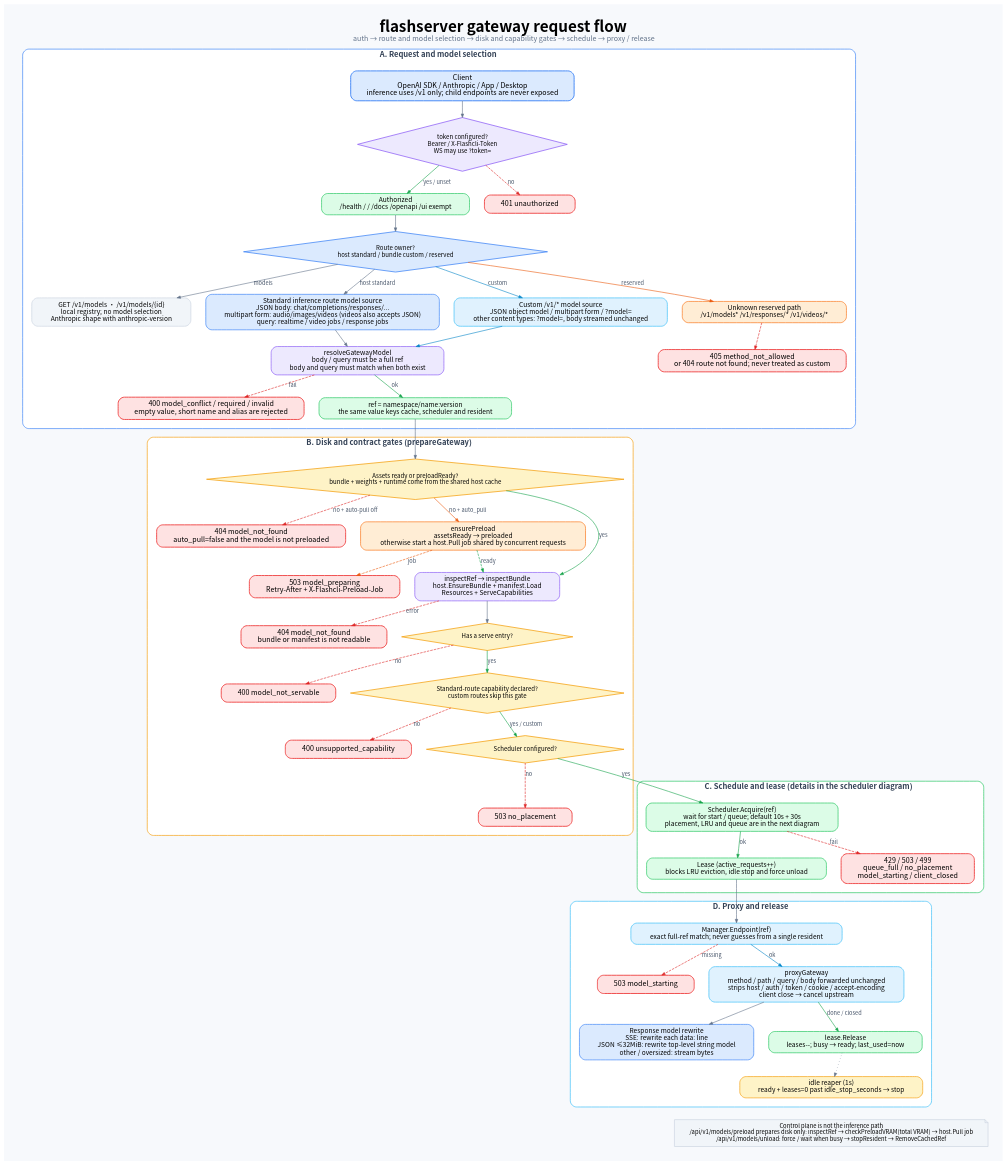
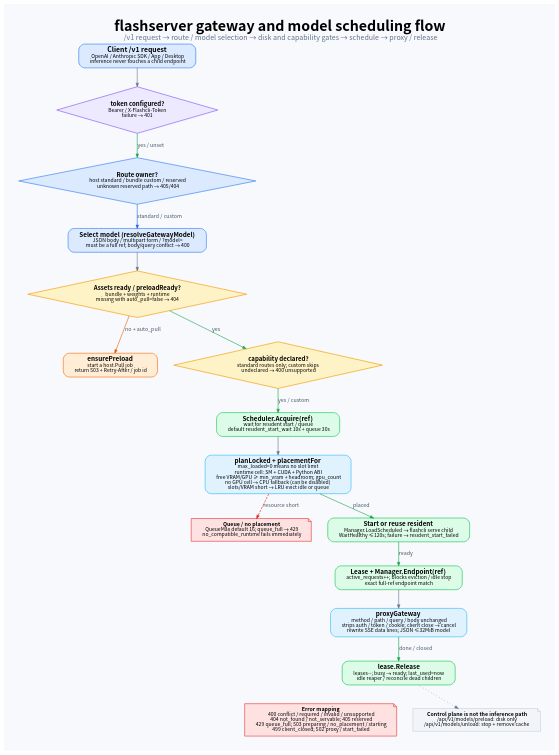
The diagram in docs/images/flashserver-gateway-flow.en.dot (aodianyun/flashcli), drawn with Graphviz before and after one commit. The commit also changed 45 other files, not shown here.

First line of the commit message:
docs(architecture): keep five diagrams and simplify flow layout

```diff
--- a/docs/images/flashserver-gateway-flow.en.dot
+++ b/docs/images/flashserver-gateway-flow.en.dot
@@ -1,92 +1,36 @@
 digraph flashserver_gateway_flow {
-  graph [rankdir=TB, bgcolor="#F7F9FC", pad=0.4, nodesep=0.4, ranksep=0.45, fontname="Noto Sans CJK SC", fontsize=30, labelloc=t, label=<<B>flashserver gateway request flow</B><BR/><FONT POINT-SIZE="14" COLOR="#64748B">auth → route and model selection → disk and capability gates → schedule → proxy / release</FONT>>];
-  node [shape=box, style="rounded,filled", fontname="Noto Sans CJK SC", fontsize=13, margin="0.46,0.10", penwidth=1.3, color="#94A3B8"];
-  edge [fontname="Noto Sans CJK SC", fontsize=11, color="#64748B", fontcolor="#475569", arrowsize=0.7, penwidth=1.15];
-  subgraph cluster_1 {
-    label=<<B>A. Request and model selection</B>>;
-    style="rounded,filled"; color="#3B82F6"; fillcolor="#FFFFFF"; penwidth=1.3; fontcolor="#334155"; fontsize=15; margin=18;
-  client [shape=box, style="rounded,filled", fillcolor="#DBEAFE", color="#3B82F6", penwidth=1.8, fontsize=14, width=4.96, label="Client\nOpenAI SDK / Anthropic / App / Desktop\ninference uses /v1 only; child endpoints are never exposed"];
-  auth [shape=diamond, style="filled", fillcolor="#EDE9FE", color="#8B5CF6", penwidth=1.45, fontsize=12, width=2.32, label="token configured?\nBearer / X-Flashcli-Token\nWS may use ?token="];
-  auth_ok [shape=box, style="rounded,filled", fillcolor="#DCFCE7", color="#22C55E", penwidth=1.3, fontsize=13, width=3.28, label="Authorized\n/health / / /docs /openapi /ui exempt"];
-  e401 [shape=box, style="rounded,filled", fillcolor="#FEE2E2", color="#EF4444", penwidth=1.8, fontsize=14, width=1.60, label="401 unauthorized"];
-  classify [shape=diamond, style="filled", fillcolor="#DBEAFE", color="#3B82F6", penwidth=1.45, fontsize=12, width=3.52, label="Route owner?\nhost standard / bundle custom / reserved"];
-  models_ep [shape=box, style="rounded,filled", fillcolor="#F1F5F9", color="#CBD5E1", penwidth=1.3, fontsize=13, width=3.36, label="GET /v1/models · /v1/models/{id}\nlocal registry; no model selection\nAnthropic shape with anthropic-version"];
-  std_sel [shape=box, style="rounded,filled", fillcolor="#DBEAFE", color="#3B82F6", penwidth=1.3, fontsize=13, width=5.28, label="Standard inference route model source\nJSON body: chat/completions/responses/...\nmultipart form: audio/images/videos (videos also accepts JSON)\nquery: realtime / video jobs / response jobs"];
-  custom_sel [shape=box, style="rounded,filled", fillcolor="#E0F2FE", color="#38BDF8", penwidth=1.3, fontsize=13, width=4.56, label="Custom /v1/* model source\nJSON object model / multipart form / ?model=\nother content types: ?model=, body streamed unchanged"];
-  reserved [shape=box, style="rounded,filled", fillcolor="#FFEDD5", color="#F97316", penwidth=1.3, fontsize=13, width=3.52, label="Unknown reserved path\n/v1/models* /v1/responses/* /v1/videos/*"];
-  e405 [shape=box, style="rounded,filled", fillcolor="#FEE2E2", color="#EF4444", penwidth=1.8, fontsize=14, width=4.08, label="405 method_not_allowed\nor 404 route not found; never treated as custom"];
-  resolve [shape=box, style="rounded,filled", fillcolor="#EDE9FE", color="#8B5CF6", penwidth=1.3, fontsize=13, width=3.60, label="resolveGatewayModel\nbody / query must be a full ref\nbody and query must match when both exist"];
-  e400 [shape=box, style="rounded,filled", fillcolor="#FEE2E2", color="#EF4444", penwidth=1.8, fontsize=14, width=4.00, label="400 model_conflict / required / invalid\nempty value, short name and alias are rejected"];
-  ref [shape=box, style="rounded,filled", fillcolor="#DCFCE7", color="#22C55E", penwidth=1.3, fontsize=13, width=4.24, label="ref = namespace/name:version\nthe same value keys cache, scheduler and resident"];
-  }
-  subgraph cluster_2 {
-    label=<<B>B. Disk and contract gates (prepareGateway)</B>>;
-    style="rounded,filled"; color="#F59E0B"; fillcolor="#FFFFFF"; penwidth=1.3; fontcolor="#334155"; fontsize=15; margin=18;
-  assets [shape=diamond, style="filled", fillcolor="#FEF3C7", color="#F59E0B", penwidth=1.45, fontsize=12, width=4.96, label="Assets ready or preloadReady?\nbundle + weights + runtime come from the shared host cache"];
-  no_pull [shape=box, style="rounded,filled", fillcolor="#FEE2E2", color="#EF4444", penwidth=1.8, fontsize=14, width=4.00, label="404 model_not_found\nauto_pull=false and the model is not preloaded"];
-  ensure_preload [shape=box, style="rounded,filled", fillcolor="#FFEDD5", color="#F97316", penwidth=1.3, fontsize=13, width=5.20, label="ensurePreload\nassetsReady → preloaded\notherwise start a host.Pull job shared by concurrent requests"];
-  e503prep [shape=box, style="rounded,filled", fillcolor="#FEE2E2", color="#EF4444", penwidth=1.8, fontsize=14, width=3.20, label="503 model_preparing\nRetry-After + X-Flashcli-Preload-Job"];
-  inspect [shape=box, style="rounded,filled", fillcolor="#EDE9FE", color="#8B5CF6", penwidth=1.3, fontsize=13, width=2.96, label="inspectRef → inspectBundle\nhost.EnsureBundle + manifest.Load\nResources + ServeCapabilities"];
-  e404 [shape=box, style="rounded,filled", fillcolor="#FEE2E2", color="#EF4444", penwidth=1.8, fontsize=14, width=3.04, label="404 model_not_found\nbundle or manifest is not readable"];
-  runonly [shape=diamond, style="filled", fillcolor="#FEF3C7", color="#F59E0B", penwidth=1.45, fontsize=12, width=1.76, label="Has a serve entry?"];
-  e_runonly [shape=box, style="rounded,filled", fillcolor="#FEE2E2", color="#EF4444", penwidth=1.8, fontsize=14, width=2.08, label="400 model_not_servable"];
-  capability [shape=diamond, style="filled", fillcolor="#FEF3C7", color="#F59E0B", penwidth=1.45, fontsize=12, width=3.12, label="Standard-route capability declared?\ncustom routes skip this gate"];
-  e_cap [shape=box, style="rounded,filled", fillcolor="#FEE2E2", color="#EF4444", penwidth=1.8, fontsize=14, width=2.40, label="400 unsupported_capability"];
-  sched_ok [shape=diamond, style="filled", fillcolor="#FEF3C7", color="#F59E0B", penwidth=1.45, fontsize=12, width=2.00, label="Scheduler configured?"];
-  e_nosched [shape=box, style="rounded,filled", fillcolor="#FEE2E2", color="#EF4444", penwidth=1.8, fontsize=14, width=1.60, label="503 no_placement"];
-  }
-  subgraph cluster_3 {
-    label=<<B>C. Schedule and lease (details in the scheduler diagram)</B>>;
-    style="rounded,filled"; color="#22C55E"; fillcolor="#FFFFFF"; penwidth=1.3; fontcolor="#334155"; fontsize=15; margin=18;
-  acquire [shape=box, style="rounded,filled", fillcolor="#DCFCE7", color="#22C55E", penwidth=1.3, fontsize=13, width=4.16, label="Scheduler.Acquire(ref)\nwait for start / queue; default 10s + 30s\nplacement, LRU and queue are in the next diagram"];
-  lease [shape=box, style="rounded,filled", fillcolor="#DCFCE7", color="#22C55E", penwidth=1.3, fontsize=13, width=4.08, label="Lease (active_requests++)\nblocks LRU eviction, idle stop and force unload"];
-  e_queue [shape=box, style="rounded,filled", fillcolor="#FEE2E2", color="#EF4444", penwidth=1.8, fontsize=14, width=2.72, label="429 / 503 / 499\nqueue_full / no_placement\nmodel_starting / client_closed"];
-  }
-  subgraph cluster_4 {
-    label=<<B>D. Proxy and release</B>>;
-    style="rounded,filled"; color="#38BDF8"; fillcolor="#FFFFFF"; penwidth=1.3; fontcolor="#334155"; fontsize=15; margin=18;
-  endpoint [shape=box, style="rounded,filled", fillcolor="#E0F2FE", color="#38BDF8", penwidth=1.3, fontsize=13, width=4.96, label="Manager.Endpoint(ref)\nexact full-ref match; never guesses from a single resident"];
-  e_endpoint [shape=box, style="rounded,filled", fillcolor="#FEE2E2", color="#EF4444", penwidth=1.8, fontsize=14, width=1.76, label="503 model_starting"];
-  proxy [shape=box, style="rounded,filled", fillcolor="#E0F2FE", color="#38BDF8", penwidth=1.3, fontsize=13, width=4.56, label="proxyGateway\nmethod / path / query / body forwarded unchanged\nstrips host / auth / token / cookie / accept-encoding\nclient close → cancel upstream"];
-  rewrite [shape=box, style="rounded,filled", fillcolor="#DBEAFE", color="#3B82F6", penwidth=1.3, fontsize=13, width=3.84, label="Response model rewrite\nSSE: rewrite each data: line\nJSON ≤32MiB: rewrite top-level string model\nother / oversized: stream bytes"];
-  release [shape=box, style="rounded,filled", fillcolor="#DCFCE7", color="#22C55E", penwidth=1.3, fontsize=13, width=3.36, label="lease.Release\nleases--; busy → ready; last_used=now"];
-  idle [shape=box, style="rounded,filled", fillcolor="#FEF3C7", color="#F59E0B", penwidth=1.3, fontsize=13, width=4.08, label="idle reaper (1s)\nready + leases=0 past idle_stop_seconds → stop"];
-  }
-  mgmt_note [shape=note, style="filled", fillcolor="#F1F5F9", color="#CBD5E1", penwidth=1.3, fontsize=11.5, width=8.48, label="Control plane is not the inference path\n/api/v1/models/preload prepares disk only: inspectRef → checkPreloadVRAM(total VRAM) → host.Pull job\n/api/v1/models/unload: force / wait when busy → stopResident → RemoveCachedRef"];
+  graph [rankdir=TB, bgcolor="#F7F9FC", pad=0.4, nodesep=0.45, ranksep=0.5, fontname="Noto Sans CJK SC", fontsize=28, labelloc=t, label=<<B>flashserver gateway and model scheduling flow</B><BR/><FONT POINT-SIZE="14" COLOR="#64748B">/v1 request → route / model selection → disk and capability gates → schedule → proxy / release</FONT>>];
+  node [shape=box, style="rounded,filled", fontname="Noto Sans CJK SC", fontsize=12.5, margin="0.30,0.10", penwidth=1.3, color="#94A3B8"];
+  edge [fontname="Noto Sans CJK SC", fontsize=10.5, color="#64748B", fontcolor="#475569", arrowsize=0.7, penwidth=1.15];
+  client [shape=box, style="rounded,filled", fillcolor="#DBEAFE", color="#3B82F6", fontsize=13.5, label=<<B>Client /v1 request</B><BR/><FONT POINT-SIZE="10.5">OpenAI / Anthropic SDK / App / Desktop</FONT><BR/><FONT POINT-SIZE="10.5">inference never touches a child endpoint</FONT>>];
+  auth [shape=diamond, style="filled", fillcolor="#EDE9FE", color="#8B5CF6", fontsize=12, label=<<B>token configured?</B><BR/><FONT POINT-SIZE="10.5">Bearer / X-Flashcli-Token</FONT><BR/><FONT POINT-SIZE="10.5">failure → 401</FONT>>];
+  route [shape=diamond, style="filled", fillcolor="#DBEAFE", color="#3B82F6", fontsize=12, label=<<B>Route owner?</B><BR/><FONT POINT-SIZE="10.5">host standard / bundle custom / reserved</FONT><BR/><FONT POINT-SIZE="10.5">unknown reserved path → 405/404</FONT>>];
+  model [shape=box, style="rounded,filled", fillcolor="#DBEAFE", color="#3B82F6", fontsize=12.5, label=<<B>Select model (resolveGatewayModel)</B><BR/><FONT POINT-SIZE="10.5">JSON body / multipart form / ?model=</FONT><BR/><FONT POINT-SIZE="10.5">must be a full ref; body/query conflict → 400</FONT>>];
+  assets [shape=diamond, style="filled", fillcolor="#FEF3C7", color="#F59E0B", fontsize=12, label=<<B>Assets ready / preloadReady?</B><BR/><FONT POINT-SIZE="10.5">bundle + weights + runtime</FONT><BR/><FONT POINT-SIZE="10.5">missing with auto_pull=false → 404</FONT>>];
+  preload [shape=box, style="rounded,filled", fillcolor="#FFEDD5", color="#F97316", fontsize=12.5, label=<<B>ensurePreload</B><BR/><FONT POINT-SIZE="10.5">start a host.Pull job</FONT><BR/><FONT POINT-SIZE="10.5">return 503 + Retry-After / job id</FONT>>];
+  capability [shape=diamond, style="filled", fillcolor="#FEF3C7", color="#F59E0B", fontsize=12, label=<<B>capability declared?</B><BR/><FONT POINT-SIZE="10.5">standard routes only; custom skips</FONT><BR/><FONT POINT-SIZE="10.5">undeclared → 400 unsupported</FONT>>];
+  acquire [shape=box, style="rounded,filled", fillcolor="#DCFCE7", color="#22C55E", fontsize=12.5, label=<<B>Scheduler.Acquire(ref)</B><BR/><FONT POINT-SIZE="10.5">wait for resident start / queue</FONT><BR/><FONT POINT-SIZE="10.5">default resident_start_wait 10s + queue 30s</FONT>>];
+  placement [shape=box, style="rounded,filled", fillcolor="#E0F2FE", color="#38BDF8", fontsize=12.5, label=<<B>planLocked + placementFor</B><BR/><FONT POINT-SIZE="10.5">max_loaded=0 means no slot limit</FONT><BR/><FONT POINT-SIZE="10.5">runtime cell: SM + CUDA + Python ABI</FONT><BR/><FONT POINT-SIZE="10.5">free VRAM/GPU ≥ min_vram + headroom; gpu_count</FONT><BR/><FONT POINT-SIZE="10.5">no GPU cell → CPU fallback (can be disabled)</FONT><BR/><FONT POINT-SIZE="10.5">slots/VRAM short → LRU evict idle or queue</FONT>>];
+  queue [shape=note, style="filled", fillcolor="#FEE2E2", color="#EF4444", fontsize=10.5, label=<<B>Queue / no placement</B><BR/><FONT POINT-SIZE="10.5">QueueMax default 16; queue_full → 429</FONT><BR/><FONT POINT-SIZE="10.5">no_compatible_runtime fails immediately</FONT>>];
+  start [shape=box, style="rounded,filled", fillcolor="#DCFCE7", color="#22C55E", fontsize=12.5, label=<<B>Start or reuse resident</B><BR/><FONT POINT-SIZE="10.5">Manager.LoadScheduled → flashcli serve child</FONT><BR/><FONT POINT-SIZE="10.5">WaitHealthy ≤120s; failure → resident_start_failed</FONT>>];
+  lease [shape=box, style="rounded,filled", fillcolor="#DCFCE7", color="#22C55E", fontsize=12.5, label=<<B>Lease + Manager.Endpoint(ref)</B><BR/><FONT POINT-SIZE="10.5">active_requests++; blocks eviction / idle stop</FONT><BR/><FONT POINT-SIZE="10.5">exact full-ref endpoint match</FONT>>];
+  proxy [shape=box, style="rounded,filled", fillcolor="#E0F2FE", color="#38BDF8", fontsize=12.5, label=<<B>proxyGateway</B><BR/><FONT POINT-SIZE="10.5">method / path / query / body unchanged</FONT><BR/><FONT POINT-SIZE="10.5">strips auth / token / cookie; client close → cancel</FONT><BR/><FONT POINT-SIZE="10.5">rewrite SSE data lines; JSON ≤32MiB model</FONT>>];
+  release [shape=box, style="rounded,filled", fillcolor="#DCFCE7", color="#22C55E", fontsize=12.5, label=<<B>lease.Release</B><BR/><FONT POINT-SIZE="10.5">leases--; busy → ready; last_used=now</FONT><BR/><FONT POINT-SIZE="10.5">idle reaper / reconcile dead children</FONT>>];
+  errors [shape=note, style="filled", fillcolor="#FEE2E2", color="#EF4444", fontsize=10.5, label=<<B>Error mapping</B><BR/><FONT POINT-SIZE="10.5">400 conflict / required / invalid / unsupported</FONT><BR/><FONT POINT-SIZE="10.5">404 not_found / not_servable; 405 reserved</FONT><BR/><FONT POINT-SIZE="10.5">429 queue_full; 503 preparing / no_placement / starting</FONT><BR/><FONT POINT-SIZE="10.5">499 client_closed; 502 proxy / start_failed</FONT>>];
+  mgmt [shape=note, style="filled", fillcolor="#F1F5F9", color="#CBD5E1", fontsize=10.5, label=<<B>Control plane is not the inference path</B><BR/><FONT POINT-SIZE="10.5">/api/v1/models/preload: disk only</FONT><BR/><FONT POINT-SIZE="10.5">/api/v1/models/unload: stop + remove cache</FONT>>];
   client -> auth [color="#64748B", style="solid"];
-  auth -> auth_ok [color="#16A34A", style="solid", label="yes / unset"];
-  auth -> e401 [color="#DC2626", style="dashed", label="no"];
-  auth_ok -> classify [color="#64748B", style="solid"];
-  classify -> models_ep [color="#64748B", style="solid", label="models"];
-  classify -> std_sel [color="#64748B", style="solid", label="host standard"];
-  classify -> custom_sel [color="#0284C7", style="solid", label="custom"];
-  classify -> reserved [color="#EA580C", style="solid", label="reserved"];
-  reserved -> e405 [color="#DC2626", style="dashed"];
-  std_sel -> resolve [color="#64748B", style="solid"];
-  custom_sel -> resolve [color="#0284C7", style="solid"];
-  resolve -> ref [color="#16A34A", style="solid", label="ok"];
-  resolve -> e400 [color="#DC2626", style="dashed", label="fail"];
-  ref -> assets [color="#64748B", style="solid"];
-  assets -> no_pull [color="#DC2626", style="dashed", label="no + auto-pull off"];
-  assets -> ensure_preload [color="#EA580C", style="solid", label="no + auto_pull"];
-  ensure_preload -> e503prep [color="#EA580C", style="dashed", label="job"];
-  assets -> inspect [color="#16A34A", style="solid", label="yes"];
-  ensure_preload -> inspect [color="#16A34A", style="dashed", label="ready"];
-  inspect -> e404 [color="#DC2626", style="dashed", label="error"];
-  inspect -> runonly [color="#64748B", style="solid"];
-  runonly -> e_runonly [color="#DC2626", style="dashed", label="no"];
-  runonly -> capability [color="#16A34A", style="solid", label="yes"];
-  capability -> e_cap [color="#DC2626", style="dashed", label="no"];
-  capability -> sched_ok [color="#16A34A", style="solid", label="yes / custom"];
-  sched_ok -> e_nosched [color="#DC2626", style="dashed", label="no"];
-  sched_ok -> acquire [color="#16A34A", style="solid", label="yes"];
-  acquire -> lease [color="#16A34A", style="solid", label="ok"];
-  acquire -> e_queue [color="#DC2626", style="dashed", label="fail"];
-  lease -> endpoint [color="#64748B", style="solid"];
-  endpoint -> e_endpoint [color="#DC2626", style="dashed", label="missing"];
-  endpoint -> proxy [color="#0284C7", style="solid", label="ok"];
-  proxy -> rewrite [color="#64748B", style="solid"];
+  auth -> route [color="#16A34A", style="solid", label="yes / unset"];
+  route -> model [color="#2563EB", style="solid", label="standard / custom"];
+  model -> assets [color="#64748B", style="solid"];
+  assets -> preload [color="#EA580C", style="solid", label="no + auto_pull"];
+  assets -> capability [color="#16A34A", style="solid", label="yes"];
+  capability -> acquire [color="#16A34A", style="solid", label="yes / custom"];
+  acquire -> placement [color="#64748B", style="solid"];
+  placement -> start [color="#16A34A", style="solid", label="placed"];
+  placement -> queue [color="#DC2626", style="dashed", label="resource short"];
+  start -> lease [color="#16A34A", style="solid", label="ready"];
+  lease -> proxy [color="#64748B", style="solid"];
   proxy -> release [color="#16A34A", style="solid", label="done / closed"];
-  release -> idle [color="#64748B", style="dotted"];
-  idle -> mgmt_note [color="#64748B", style="invis"];
+  release -> mgmt [color="#64748B", style="dotted"];
+  release -> errors [color="#64748B", style="invis"];
 }
```
